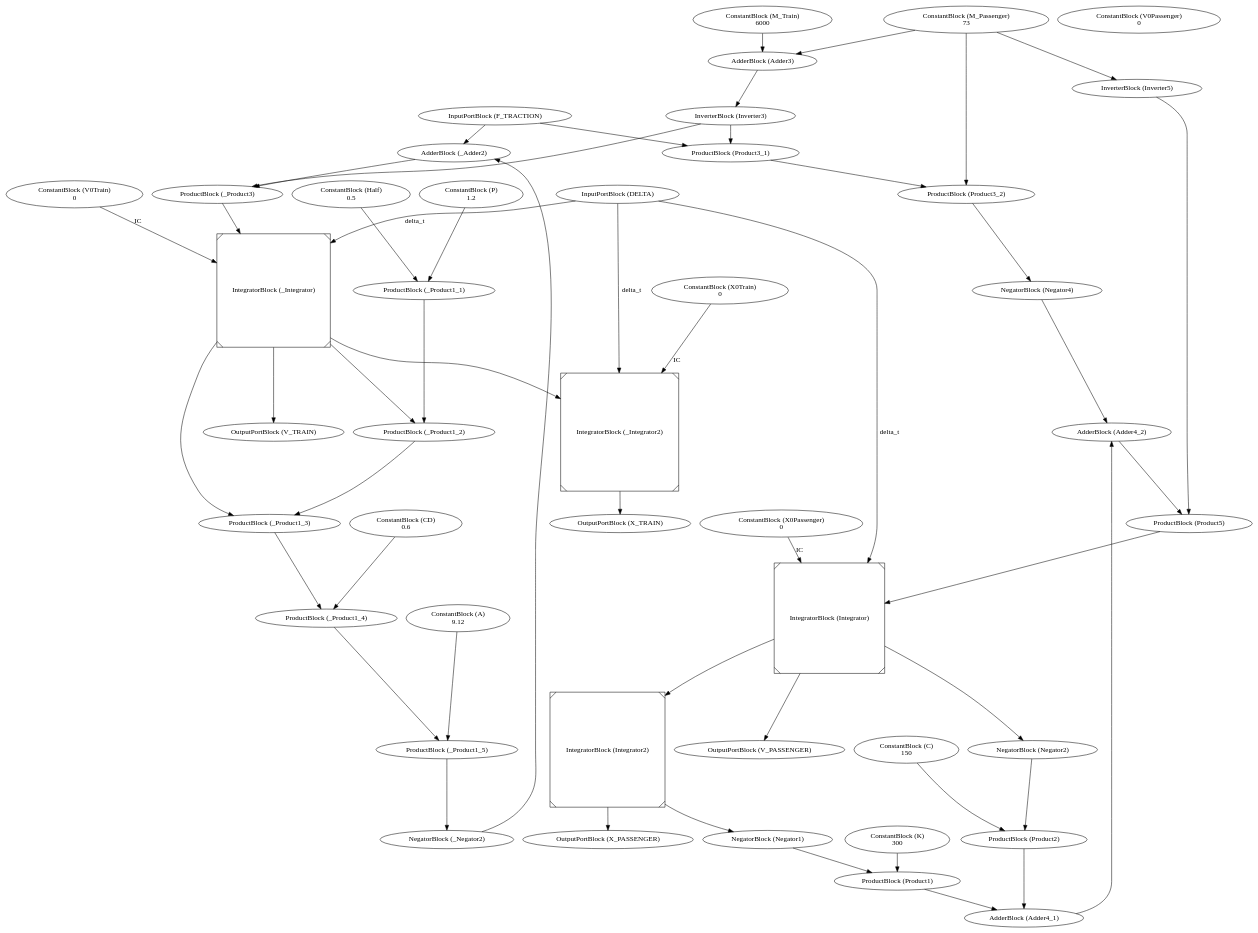
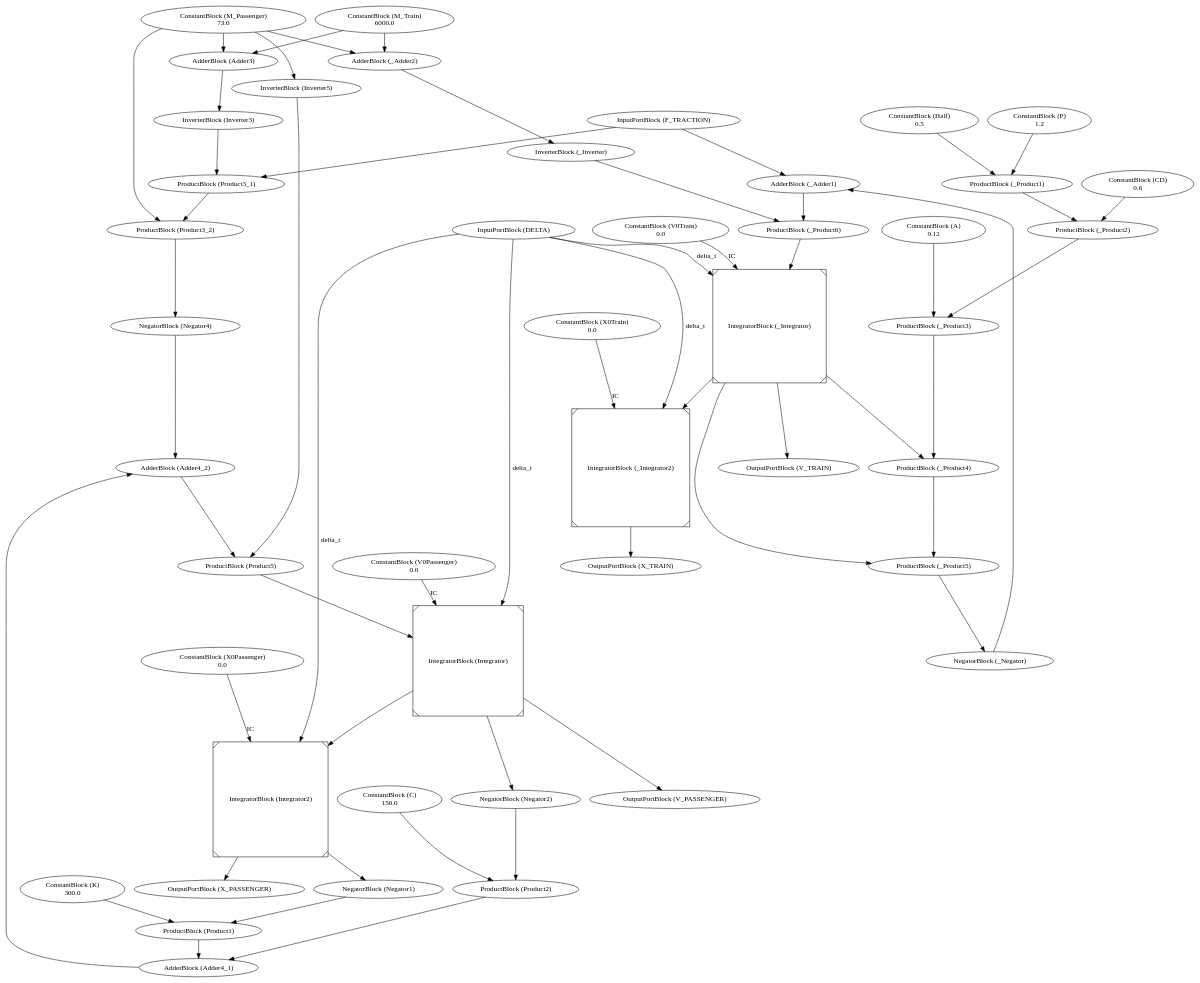
The diagram in 3CBD Continuous/CBD/output/PlantCBD.dot (desmetr/MoSIS), drawn with Graphviz before and after one commit. The commit also changed 8 other files, not shown here.

```diff
--- a/3CBD Continuous/CBD/output/PlantCBD.dot
+++ b/3CBD Continuous/CBD/output/PlantCBD.dot
@@ -1,96 +1,103 @@
 digraph graphname
 {F_TRACTION [label="InputPortBlock (F_TRACTION)"];
 DELTA [label="InputPortBlock (DELTA)"];
 V_PASSENGER [label="OutputPortBlock (V_PASSENGER)"];
 Integrator -> V_PASSENGER [label=""];
 V_TRAIN [label="OutputPortBlock (V_TRAIN)"];
 _Integrator -> V_TRAIN [label=""];
 X_PASSENGER [label="OutputPortBlock (X_PASSENGER)"];
 Integrator2 -> X_PASSENGER [label=""];
 X_TRAIN [label="OutputPortBlock (X_TRAIN)"];
 _Integrator2 -> X_TRAIN [label=""];
-X0Train [label="ConstantBlock (X0Train)\n0"];
-V0Train [label="ConstantBlock (V0Train)\n0"];
-X0Passenger [label="ConstantBlock (X0Passenger)\n0"];
-V0Passenger [label="ConstantBlock (V0Passenger)\n0"];
-M_Passenger [label="ConstantBlock (M_Passenger)\n73"];
-M_Train [label="ConstantBlock (M_Train)\n6000"];
-K [label="ConstantBlock (K)\n300"];
-C [label="ConstantBlock (C)\n150"];
+X0Train [label="ConstantBlock (X0Train)\n0.0"];
+V0Train [label="ConstantBlock (V0Train)\n0.0"];
+X0Passenger [label="ConstantBlock (X0Passenger)\n0.0"];
+V0Passenger [label="ConstantBlock (V0Passenger)\n0.0"];
+M_Passenger [label="ConstantBlock (M_Passenger)\n73.0"];
+M_Train [label="ConstantBlock (M_Train)\n6000.0"];
+K [label="ConstantBlock (K)\n300.0"];
+C [label="ConstantBlock (C)\n150.0"];
 CD [label="ConstantBlock (CD)\n0.6"];
 P [label="ConstantBlock (P)\n1.2"];
 A [label="ConstantBlock (A)\n9.12"];
+Half [label="ConstantBlock (Half)\n0.5"];
 Integrator [label="IntegratorBlock (Integrator)",shape=Msquare];
 DELTA -> Integrator [label="delta_t"];
-X0Passenger -> Integrator [label="IC"];
+V0Passenger -> Integrator [label="IC"];
 Product5 -> Integrator [label=""];
 Integrator2 [label="IntegratorBlock (Integrator2)",shape=Msquare];
+DELTA -> Integrator2 [label="delta_t"];
+X0Passenger -> Integrator2 [label="IC"];
 Integrator -> Integrator2 [label=""];
 Negator1 [label="NegatorBlock (Negator1)"];
 Integrator2 -> Negator1 [label=""];
 Product1 [label="ProductBlock (Product1)"];
 Negator1 -> Product1 [label=""];
 K -> Product1 [label=""];
 Negator2 [label="NegatorBlock (Negator2)"];
 Integrator -> Negator2 [label=""];
 Product2 [label="ProductBlock (Product2)"];
 Negator2 -> Product2 [label=""];
 C -> Product2 [label=""];
 Adder3 [label="AdderBlock (Adder3)"];
 M_Train -> Adder3 [label=""];
 M_Passenger -> Adder3 [label=""];
 Inverter3 [label="InverterBlock (Inverter3)"];
 Adder3 -> Inverter3 [label=""];
 Product3_1 [label="ProductBlock (Product3_1)"];
 Inverter3 -> Product3_1 [label=""];
 F_TRACTION -> Product3_1 [label=""];
 Product3_2 [label="ProductBlock (Product3_2)"];
 Product3_1 -> Product3_2 [label=""];
 M_Passenger -> Product3_2 [label=""];
 Adder4_1 [label="AdderBlock (Adder4_1)"];
 Product1 -> Adder4_1 [label=""];
 Product2 -> Adder4_1 [label=""];
 Adder4_2 [label="AdderBlock (Adder4_2)"];
 Negator4 -> Adder4_2 [label=""];
 Adder4_1 -> Adder4_2 [label=""];
 Negator4 [label="NegatorBlock (Negator4)"];
 Product3_2 -> Negator4 [label=""];
 Inverter5 [label="InverterBlock (Inverter5)"];
 M_Passenger -> Inverter5 [label=""];
 Product5 [label="ProductBlock (Product5)"];
 Adder4_2 -> Product5 [label=""];
 Inverter5 -> Product5 [label=""];
-Half [label="ConstantBlock (Half)\n0.5"];
-_Product1_1 [label="ProductBlock (_Product1_1)"];
-Half -> _Product1_1 [label=""];
-P -> _Product1_1 [label=""];
-_Product1_2 [label="ProductBlock (_Product1_2)"];
-_Product1_1 -> _Product1_2 [label=""];
-_Integrator -> _Product1_2 [label=""];
-_Product1_3 [label="ProductBlock (_Product1_3)"];
-_Product1_2 -> _Product1_3 [label=""];
-_Integrator -> _Product1_3 [label=""];
-_Product1_4 [label="ProductBlock (_Product1_4)"];
-_Product1_3 -> _Product1_4 [label=""];
-CD -> _Product1_4 [label=""];
-_Product1_5 [label="ProductBlock (_Product1_5)"];
-_Product1_4 -> _Product1_5 [label=""];
-A -> _Product1_5 [label=""];
+_Product1 [label="ProductBlock (_Product1)"];
+Half -> _Product1 [label=""];
+P -> _Product1 [label=""];
+_Product2 [label="ProductBlock (_Product2)"];
+_Product1 -> _Product2 [label=""];
+CD -> _Product2 [label=""];
+_Product3 [label="ProductBlock (_Product3)"];
+_Product2 -> _Product3 [label=""];
+A -> _Product3 [label=""];
+_Product4 [label="ProductBlock (_Product4)"];
+_Product3 -> _Product4 [label=""];
+_Integrator -> _Product4 [label=""];
+_Product5 [label="ProductBlock (_Product5)"];
+_Product4 -> _Product5 [label=""];
+_Integrator -> _Product5 [label=""];
+_Product6 [label="ProductBlock (_Product6)"];
+_Adder1 -> _Product6 [label=""];
+_Inverter -> _Product6 [label=""];
+_Adder1 [label="AdderBlock (_Adder1)"];
+_Negator -> _Adder1 [label=""];
+F_TRACTION -> _Adder1 [label=""];
+_Adder2 [label="AdderBlock (_Adder2)"];
+M_Train -> _Adder2 [label=""];
+M_Passenger -> _Adder2 [label=""];
+_Negator [label="NegatorBlock (_Negator)"];
+_Product5 -> _Negator [label=""];
+_Inverter [label="InverterBlock (_Inverter)"];
+_Adder2 -> _Inverter [label=""];
 _Integrator [label="IntegratorBlock (_Integrator)",shape=Msquare];
 DELTA -> _Integrator [label="delta_t"];
 V0Train -> _Integrator [label="IC"];
-_Product3 -> _Integrator [label=""];
+_Product6 -> _Integrator [label=""];
 _Integrator2 [label="IntegratorBlock (_Integrator2)",shape=Msquare];
 DELTA -> _Integrator2 [label="delta_t"];
 X0Train -> _Integrator2 [label="IC"];
 _Integrator -> _Integrator2 [label=""];
-_Negator2 [label="NegatorBlock (_Negator2)"];
-_Product1_5 -> _Negator2 [label=""];
-_Adder2 [label="AdderBlock (_Adder2)"];
-_Negator2 -> _Adder2 [label=""];
-F_TRACTION -> _Adder2 [label=""];
-_Product3 [label="ProductBlock (_Product3)"];
-_Adder2 -> _Product3 [label=""];
-Inverter3 -> _Product3 [label=""];
 
 }
```
